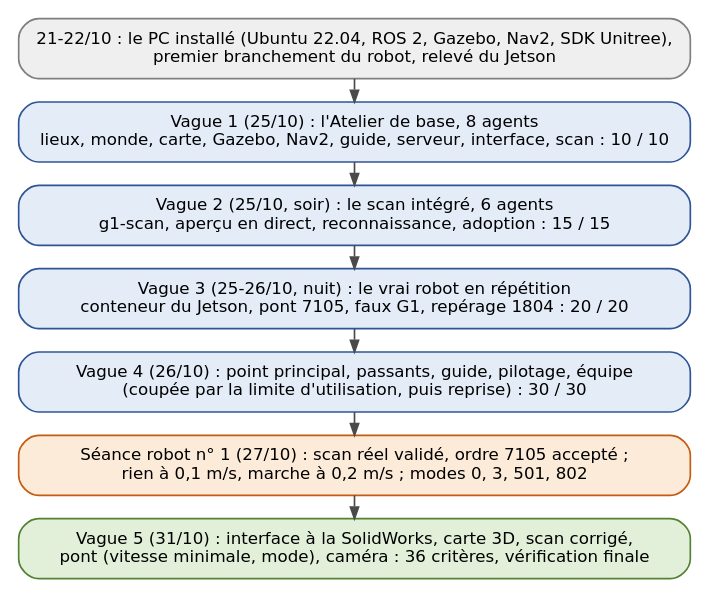
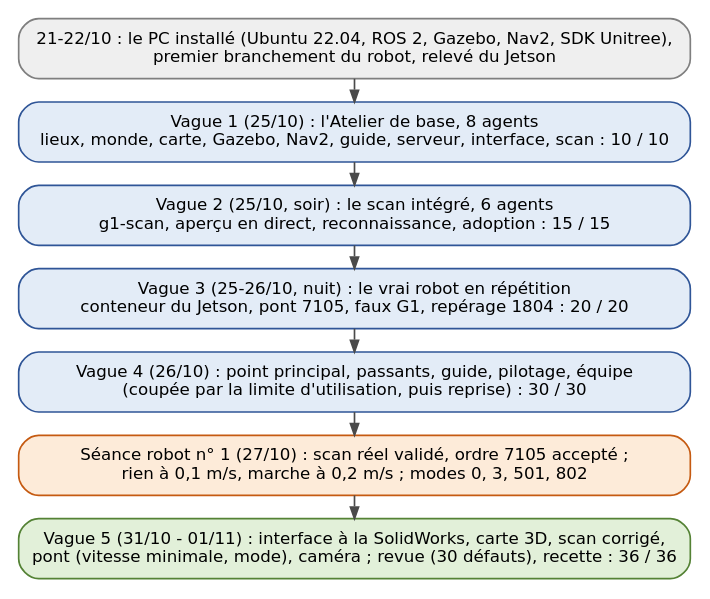
The diagram in docs/word/sources/logiciel/schemas/vagues.dot (Toyer719/UnitreeG1edu_ESME), drawn with Graphviz before and after one commit. The commit also changed 19 other files, not shown here.

```diff
--- a/docs/word/sources/logiciel/schemas/vagues.dot
+++ b/docs/word/sources/logiciel/schemas/vagues.dot
@@ -1,15 +1,15 @@
 // Les vagues de construction (chapitre 10)
 digraph vagues {
   graph [fontname="DejaVu Sans", fontsize=10.5, rankdir=TB, nodesep=0.3, ranksep=0.2];
   node  [fontname="DejaVu Sans", fontsize=10, shape=box, style="rounded,filled", fillcolor="#E3ECF7", color="#2F5597", margin="0.12,0.05", width=5.6];
   edge  [fontname="DejaVu Sans", fontsize=9, color="#4A4A4A", arrowsize=0.7];
 
   d0 [label="21-22/10 : le PC installé (Ubuntu 22.04, ROS 2, Gazebo, Nav2, SDK Unitree),\npremier branchement du robot, relevé du Jetson", fillcolor="#EFEFEF", color="#7F7F7F"];
   v1 [label="Vague 1 (25/10) : l'Atelier de base, 8 agents\nlieux, monde, carte, Gazebo, Nav2, guide, serveur, interface, scan : 10 / 10"];
   v2 [label="Vague 2 (25/10, soir) : le scan intégré, 6 agents\ng1-scan, aperçu en direct, reconnaissance, adoption : 15 / 15"];
   v3 [label="Vague 3 (25-26/10, nuit) : le vrai robot en répétition\nconteneur du Jetson, pont 7105, faux G1, repérage 1804 : 20 / 20"];
   v4 [label="Vague 4 (26/10) : point principal, passants, guide, pilotage, équipe\n(coupée par la limite d'utilisation, puis reprise) : 30 / 30"];
   s1 [label="Séance robot n° 1 (27/10) : scan réel validé, ordre 7105 accepté ;\nrien à 0,1 m/s, marche à 0,2 m/s ; modes 0, 3, 501, 802", fillcolor="#FDEBD9", color="#C55A11"];
-  v5 [label="Vague 5 (31/10) : interface à la SolidWorks, carte 3D, scan corrigé,\npont (vitesse minimale, mode), caméra : 36 critères, vérification finale", fillcolor="#E2F0D9", color="#548235"];
+  v5 [label="Vague 5 (31/10 - 01/11) : interface à la SolidWorks, carte 3D, scan corrigé,\npont (vitesse minimale, mode), caméra ; revue (30 défauts), recette : 36 / 36", fillcolor="#E2F0D9", color="#548235"];
   d0 -> v1 -> v2 -> v3 -> v4 -> s1 -> v5;
 }
```
